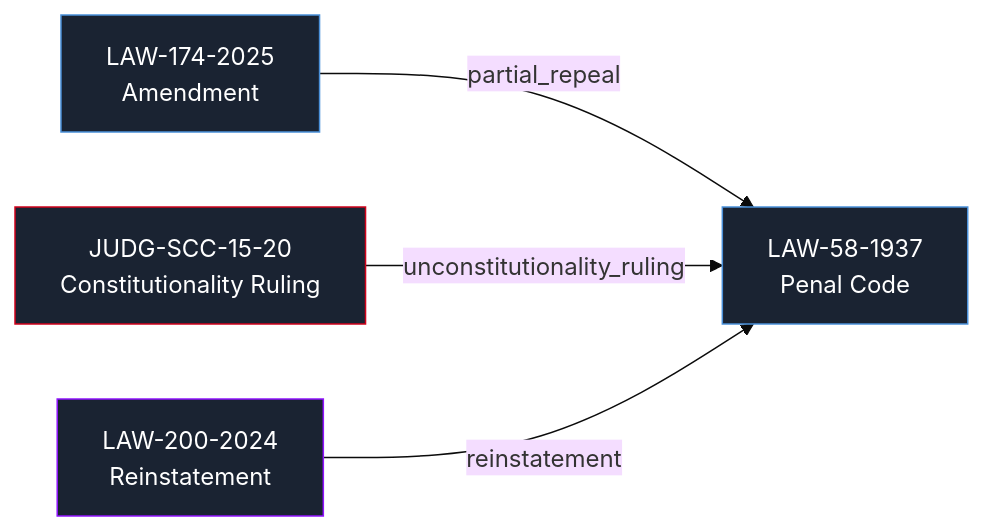
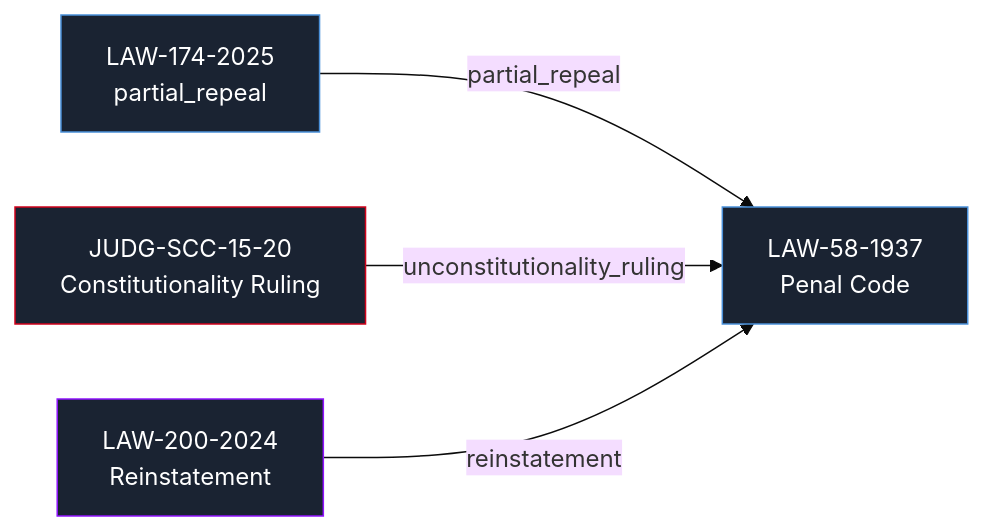
The fourth of 4 diagrams in README.md (heshammalek/ELKM-Egyptian-Legal-Knowledge-Model), drawn with Mermaid (base theme) before and after one commit. The commit also changed other lines of this file, not shown here.

````diff
--- a/README.md
+++ b/README.md
@@ -381,16 +381,16 @@
 ```mermaid
 graph LR
     L1["LAW-58-1937<br/>Penal Code"]
-    L2["LAW-174-2025<br/>Amendment"]
+    L2["LAW-174-2025<br/>partial_repeal"]
     J1["JUDG-SCC-15-20<br/>Constitutionality Ruling"]
     L3["LAW-200-2024<br/>Reinstatement"]
 
     L2 -->|partial_repeal| L1
     J1 -->|unconstitutionality_ruling| L1
     L3 -->|reinstatement| L1
 
     style L1 fill:#1a2332,stroke:#4a90d9,color:#fff
     style L2 fill:#1a2332,stroke:#4a90d9,color:#fff
     style J1 fill:#1a2332,stroke:#d0021b,color:#fff
     style L3 fill:#1a2332,stroke:#9013fe,color:#fff
 ```
````
